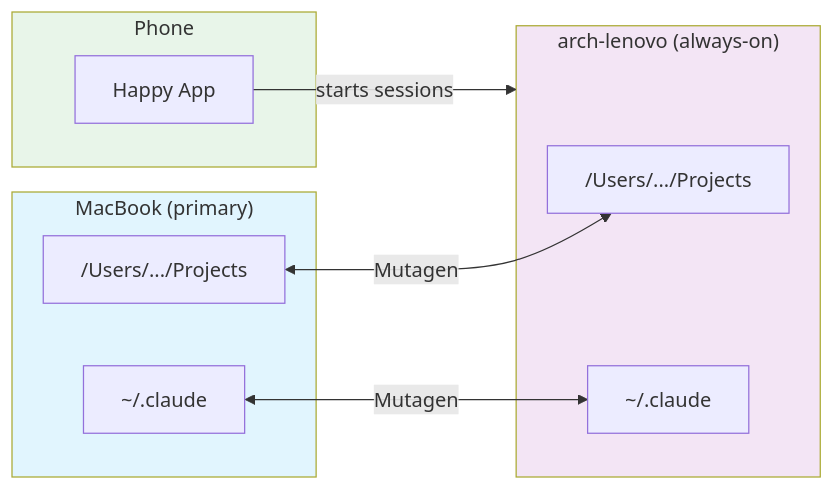
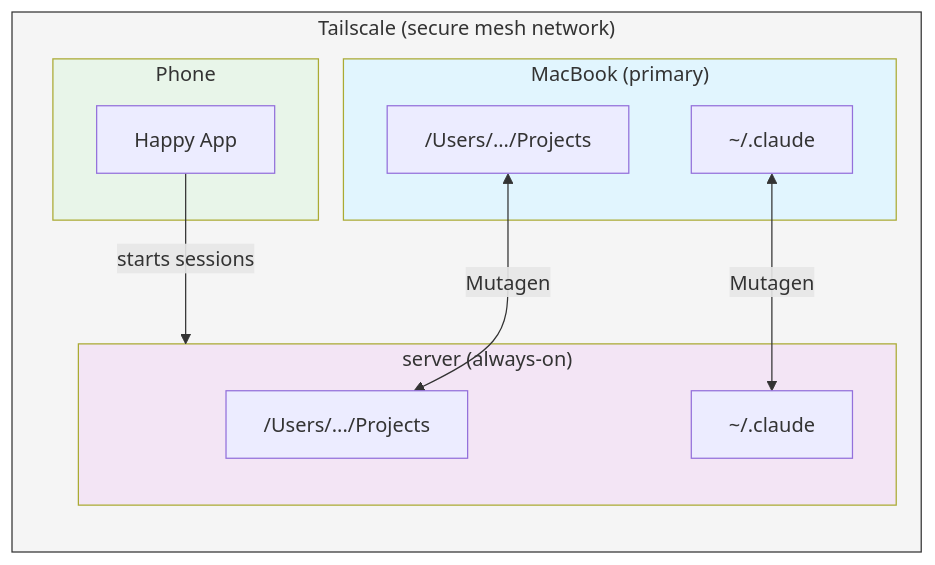
One commit to lucharo/always-on-claude changed the first of 2 diagrams in README.md. Above: the diagram before and after it, drawn with Mermaid. The commit also changed other lines of this file, not shown here.

````diff
--- a/README.md
+++ b/README.md
@@ -9,24 +15,27 @@
 ```mermaid
 flowchart LR
-    subgraph MacBook["MacBook (primary)"]
-        MP["/Users/.../Projects"]
-        MC["~/.claude"]
+    subgraph Tailscale["Tailscale (secure mesh network)"]
+        subgraph MacBook["MacBook (primary)"]
+            MP["/Users/.../Projects"]
+            MC["~/.claude"]
+        end
+
+        subgraph Server["server (always-on)"]
+            SP["/Users/.../Projects"]
+            SC["~/.claude"]
+        end
+
+        subgraph Phone
+            H["Happy App"]
+        end
+
+        MP <-->|Mutagen| SP
+        MC <-->|Mutagen| SC
+        H -->|starts sessions| Server
     end
 
-    subgraph Server["arch-lenovo (always-on)"]
-        SP["/Users/.../Projects"]
-        SC["~/.claude"]
-    end
-
-    subgraph Phone
-        H["Happy App"]
-    end
-
-    MP <-->|Mutagen| SP
-    MC <-->|Mutagen| SC
-    H -->|starts sessions| Server
-
+    style Tailscale fill:#f5f5f5,stroke:#333
     style MacBook fill:#e1f5fe
     style Server fill:#f3e5f5
     style Phone fill:#e8f5e9
 ```
````
